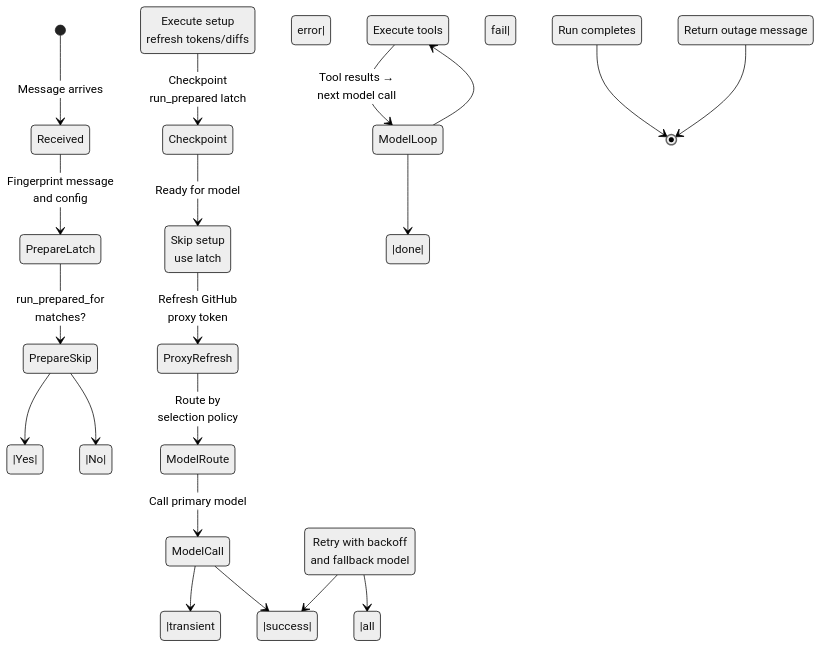
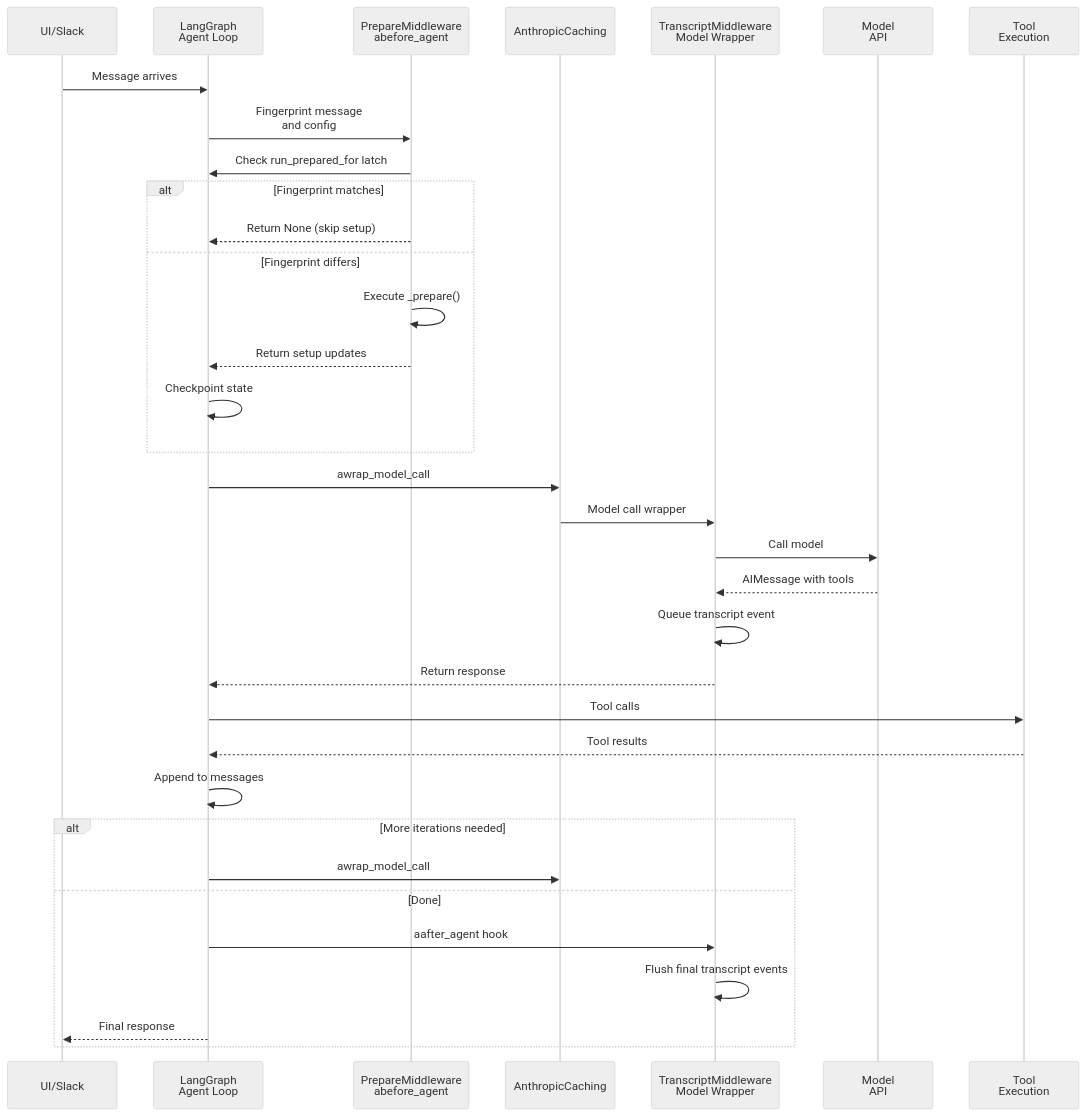
One commit to aeteq/open-swe changed the diagram in openwiki/architecture/middleware-stack.md. Above: the diagram before and after it, drawn with Mermaid (neutral theme). The commit also changed other lines of this file and 47 other files, not shown here.

````diff
--- a/openwiki/architecture/middleware-stack.md
+++ b/openwiki/architecture/middleware-stack.md
@@ -213,22 +229,36 @@
 ```mermaid
-stateDiagram-v2
-    [*] --> Received: Message arrives
-    Received --> PrepareLatch: Fingerprint message<br/>and config
-    PrepareLatch --> PrepareSkip: run_prepared_for<br/>matches?
-    PrepareSkip -->|Yes| ModelPrep: Skip setup<br/>use latch
-    PrepareSkip -->|No| PrepareSetup: Execute setup<br/>refresh tokens/diffs
-    PrepareSetup --> Checkpoint: Checkpoint<br/>run_prepared latch
-    Checkpoint --> ModelPrep: Ready for model
-    ModelPrep --> ProxyRefresh: Refresh GitHub<br/>proxy token
-    ProxyRefresh --> ModelRoute: Route by<br/>selection policy
-    ModelRoute --> ModelCall: Call primary model
-    ModelCall -->|transient error| Fallback: Retry with backoff<br/>and fallback model
-    Fallback -->|success| Tools: Execute tools
-    Fallback -->|all fail| OutageMsg: Return outage message
-    ModelCall -->|success| Tools
-    Tools --> ModelLoop: Tool results →<br/>next model call
-    ModelLoop --> Tools
-    ModelLoop -->|done| Completion: Run completes
-    Completion --> [*]
-    OutageMsg --> [*]
+sequenceDiagram
+    participant UI as UI/Slack
+    participant Graph as LangGraph<br/>Agent Loop
+    participant Prepare as PrepareMiddleware<br/>abefore_agent
+    participant Cache as AnthropicCaching
+    participant Transcript as TranscriptMiddleware<br/>Model Wrapper
+    participant Model as Model<br/>API
+    participant Tools as Tool<br/>Execution
+    UI->>Graph: Message arrives
+    Graph->>Prepare: Fingerprint message<br/>and config
+    Prepare->>Graph: Check run_prepared_for latch
+    alt Fingerprint matches
+        Prepare-->>Graph: Return None (skip setup)
+    else Fingerprint differs
+        Prepare->>Prepare: Execute _prepare()
+        Prepare-->>Graph: Return setup updates
+        Graph->>Graph: Checkpoint state
+    end
+    Graph->>Cache: awrap_model_call
+    Cache->>Transcript: Model call wrapper
+    Transcript->>Model: Call model
+    Model-->>Transcript: AIMessage with tools
+    Transcript->>Transcript: Queue transcript event
+    Transcript-->>Graph: Return response
+    Graph->>Tools: Tool calls
+    Tools-->>Graph: Tool results
+    Graph->>Graph: Append to messages
+    alt More iterations needed
+        Graph->>Cache: awrap_model_call
+    else Done
+        Graph->>Transcript: aafter_agent hook
+        Transcript->>Transcript: Flush final transcript events
+        Graph-->>UI: Final response
+    end
 ```
````
